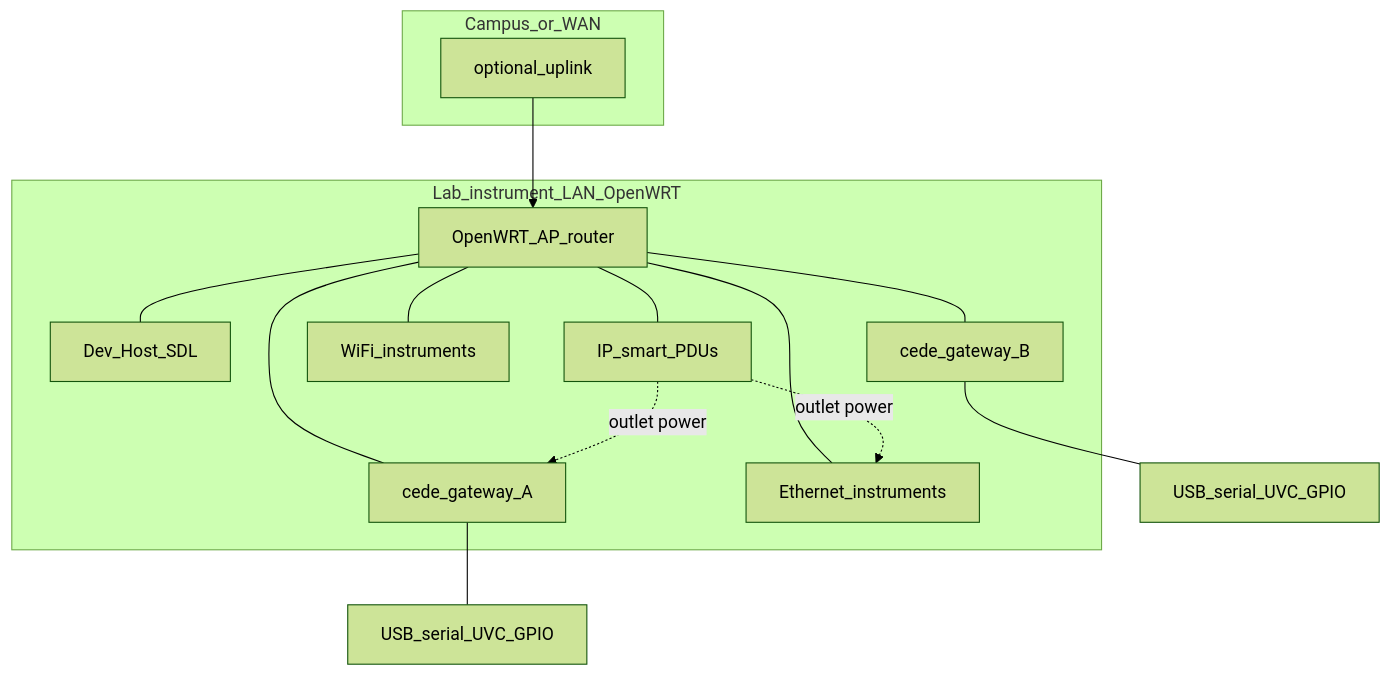
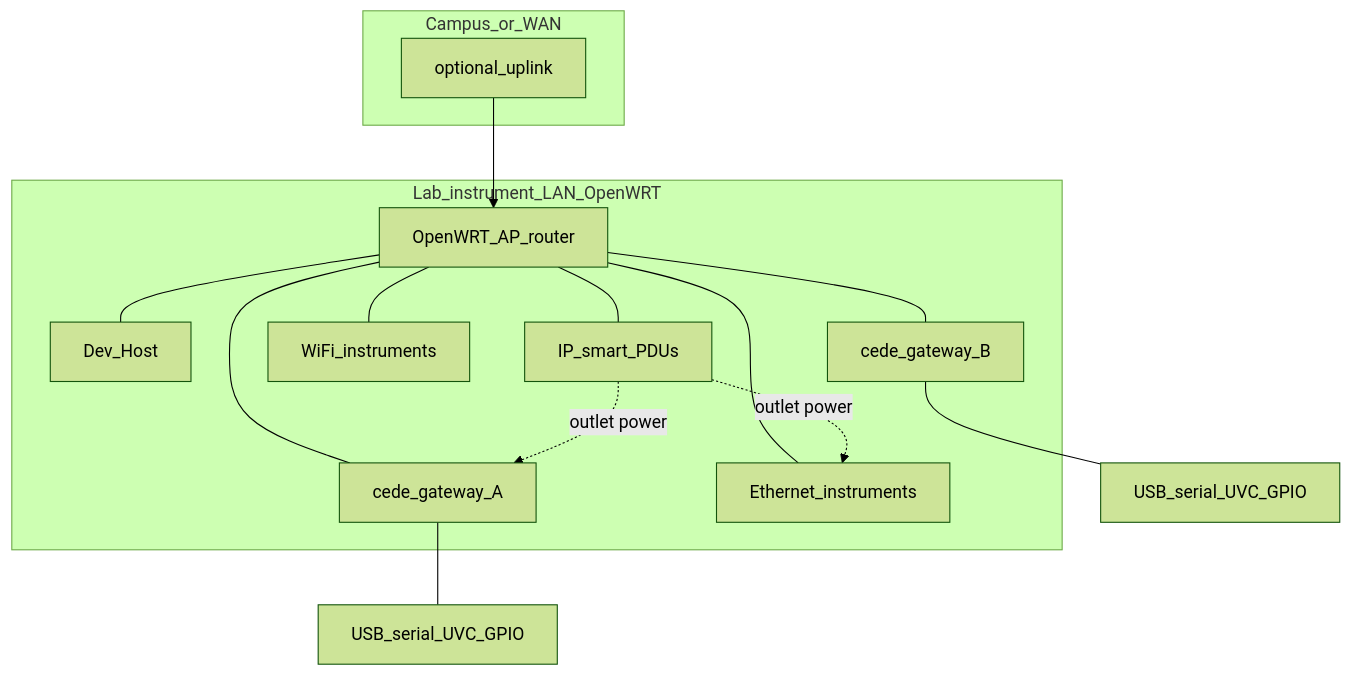
One commit to fractalclockwork/self-driving-lab changed the diagram in docs/project/procedures/lab_network_gateway.md. Above: the diagram before and after it, drawn with Mermaid (forest theme). The commit also changed other lines of this file and 15 other files, not shown here.

````diff
--- a/docs/project/procedures/lab_network_gateway.md
+++ b/docs/project/procedures/lab_network_gateway.md
@@ -60,26 +60,26 @@
 ```mermaid
 flowchart TB
   subgraph campus [Campus_or_WAN]
     Uplink[optional_uplink]
   end
   subgraph labLan [Lab_instrument_LAN_OpenWRT]
     Router[OpenWRT_AP_router]
-    DevHost[Dev_Host_SDL]
+    DevHost[Dev_Host]
     GW1[cede_gateway_A]
     GW2[cede_gateway_B]
     EthDev[Ethernet_instruments]
     WifiDev[WiFi_instruments]
     PDU[IP_smart_PDUs]
   end
   Uplink --> Router
   Router --- DevHost
   Router --- GW1
   Router --- GW2
   Router --- EthDev
   Router --- WifiDev
   Router --- PDU
   GW1 --- USB1[USB_serial_UVC_GPIO]
   GW2 --- USB2[USB_serial_UVC_GPIO]
   PDU -.->|"outlet power"| EthDev
   PDU -.->|"outlet power"| GW1
 ```
````
